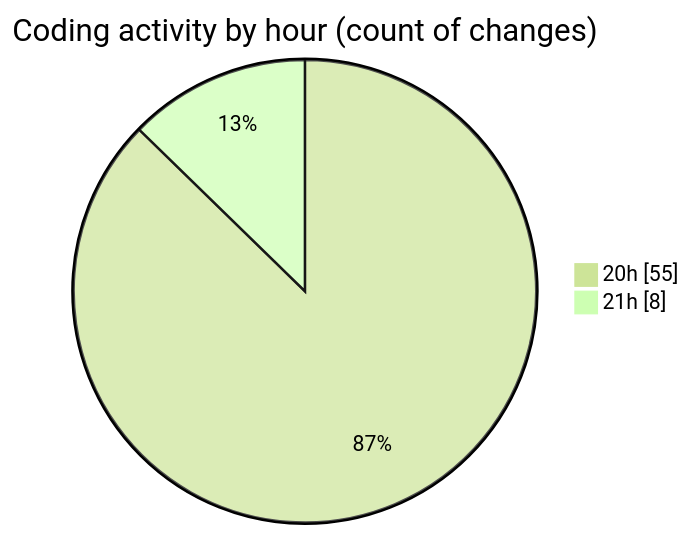
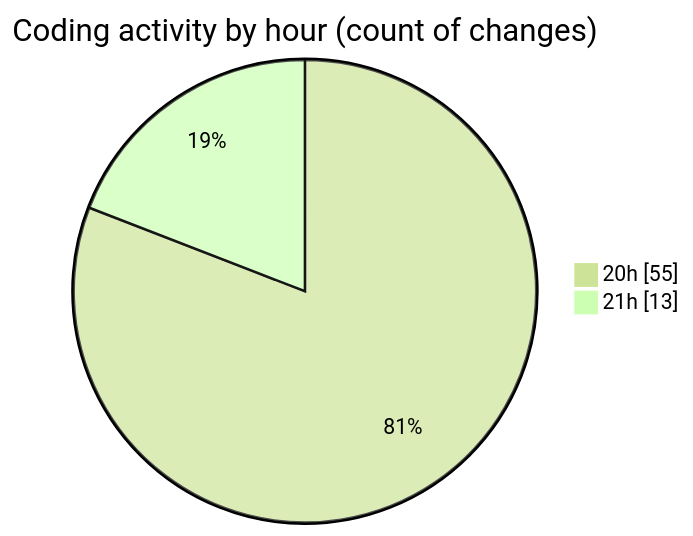
One commit to Netris89/code-tracking changed the second of 2 diagrams in 2025-05-08/date/README.md. Above: the diagram before and after it, drawn with Mermaid (forest theme). The commit also changed other lines of this file and 1 other file, not shown here.

````diff
--- a/2025-05-08/date/README.md
+++ b/2025-05-08/date/README.md
@@ -38,6 +38,6 @@
 ```mermaid
 pie showData
 title Coding activity by hour (count of changes)
 "20h" : 55
-"21h" : 8
+"21h" : 13
 ```
````
